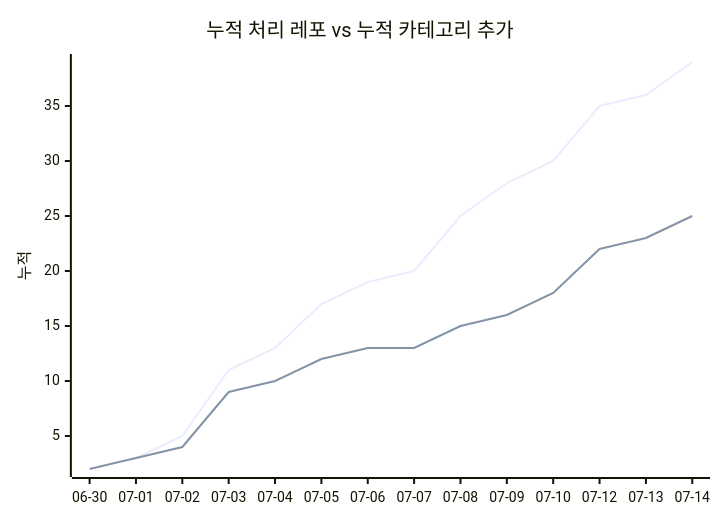
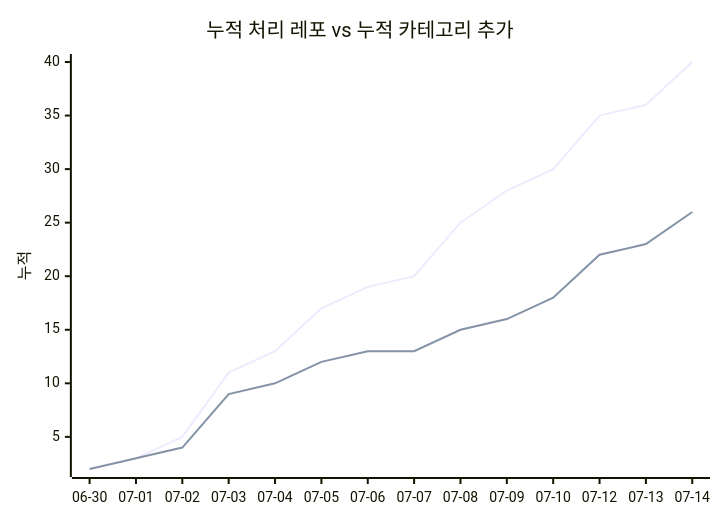
One commit to J-nowcow/awesome-korean-agent-skills changed the second of 2 diagrams in docs/trends.md. Above: the diagram before and after it, drawn with Mermaid. The commit also changed other lines of this file and 4 other files, not shown here.

````diff
--- a/docs/trends.md
+++ b/docs/trends.md
@@ -68,8 +68,8 @@
 ```mermaid
 xychart-beta
     title "누적 처리 레포 vs 누적 카테고리 추가"
     x-axis ["06-30","07-01","07-02","07-03","07-04","07-05","07-06","07-07","07-08","07-09","07-10","07-12","07-13","07-14"]
     y-axis "누적"
-    line [2,3,5,11,13,17,19,20,25,28,30,35,36,39]
-    line [2,3,4,9,10,12,13,13,15,16,18,22,23,25]
+    line [2,3,5,11,13,17,19,20,25,28,30,35,36,40]
+    line [2,3,4,9,10,12,13,13,15,16,18,22,23,26]
 ```
````
